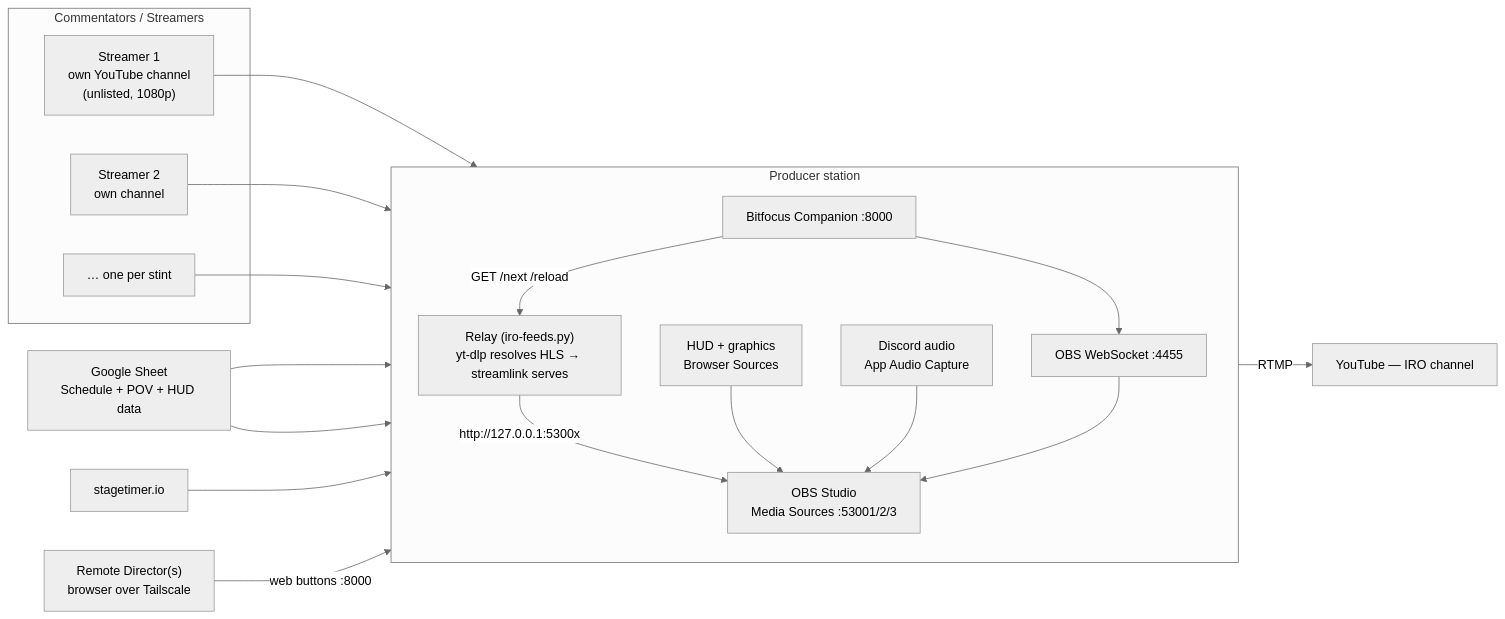
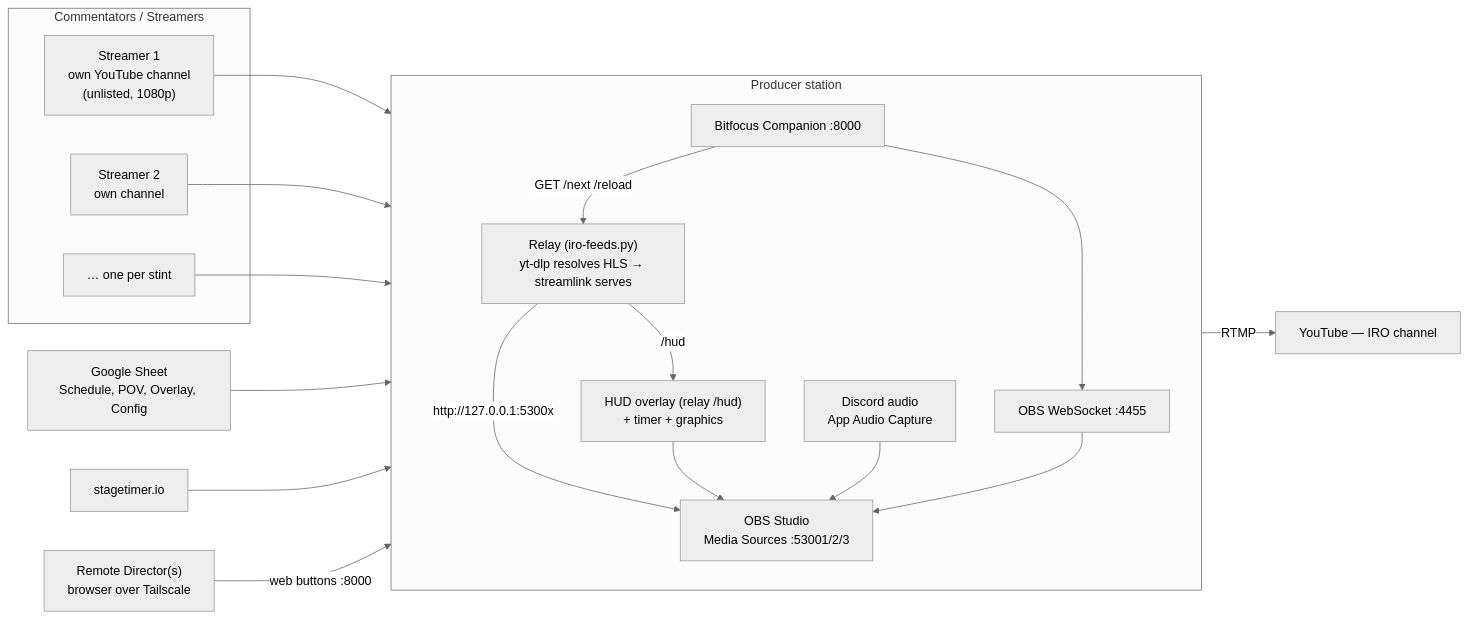
Before and after one commit to jegr78/gt-endurance-racing-broadcast: the diagram in src/docs/wiki/Home.md, drawn with Mermaid (neutral theme). The commit also changed 6 other files, not shown here.

First line of the commit message:
docs(wiki): reflect the relay-served HUD overlay

````diff
--- a/src/docs/wiki/Home.md
+++ b/src/docs/wiki/Home.md
@@ -19,37 +19,37 @@
 ```mermaid
 flowchart LR
   subgraph Streamers["Commentators / Streamers"]
     S1["Streamer 1<br/>own YouTube channel<br/>(unlisted, 1080p)"]
     S2["Streamer 2<br/>own channel"]
     Sn["… one per stint"]
   end
 
   subgraph Producer["Producer station"]
     direction TB
     RELAY["Relay (iro-feeds.py)<br/>yt-dlp resolves HLS → streamlink serves"]
     OBS["OBS Studio<br/>Media Sources :53001/2/3"]
-    HUD["HUD + graphics<br/>Browser Sources"]
+    HUD["HUD overlay (relay /hud)<br/>+ timer + graphics"]
     DISC["Discord audio<br/>App Audio Capture"]
     WS["OBS WebSocket :4455"]
     COMP["Bitfocus Companion :8000"]
   end
 
-  SHEET["Google Sheet<br/>Schedule + POV + HUD data"]
+  SHEET["Google Sheet<br/>Schedule, POV, Overlay, Config"]
   TIMER["stagetimer.io"]
   YT["YouTube — IRO channel"]
   DIR["Remote Director(s)<br/>browser over Tailscale"]
 
   S1 --> RELAY
   S2 --> RELAY
   Sn --> RELAY
   RELAY -->|"http://127.0.0.1:5300x"| OBS
   SHEET --> RELAY
-  SHEET --> HUD
+  RELAY -->|"/hud"| HUD
   TIMER --> HUD
   HUD --> OBS
   DISC --> OBS
   OBS -->|RTMP| YT
   COMP --> WS --> OBS
   COMP -->|"GET /next /reload"| RELAY
   DIR -->|"web buttons :8000"| COMP
 ```
````
